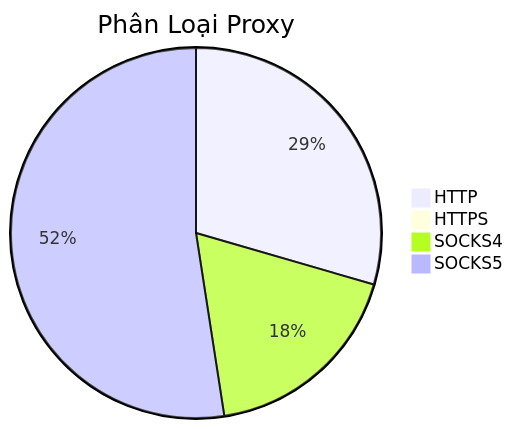
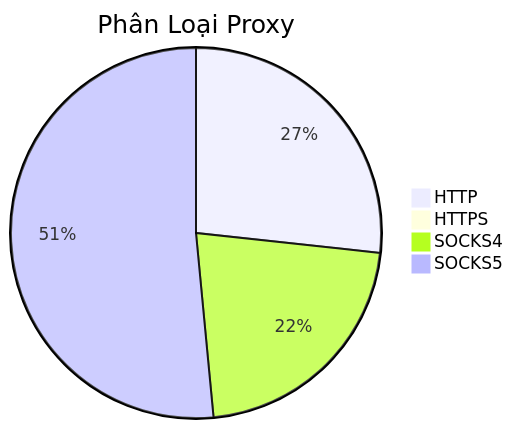
One commit to Ciara-12/PROXY-free changed the diagram in README.md. Above: the diagram before and after it, drawn with Mermaid. The commit also changed other lines of this file and 4 other files, not shown here.

````diff
--- a/README.md
+++ b/README.md
@@ -26,7 +26,7 @@
 ```mermaid
 pie title Phân Loại Proxy
-    "HTTP" : 627
+    "HTTP" : 486
     "HTTPS" : 4
-    "SOCKS4" : 384
-    "SOCKS5" : 1115
+    "SOCKS4" : 396
+    "SOCKS5" : 937
 ```
````
